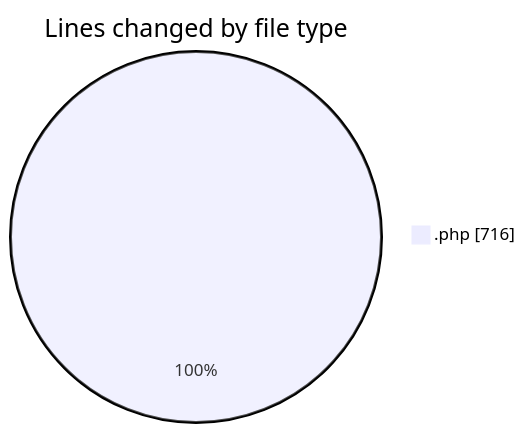
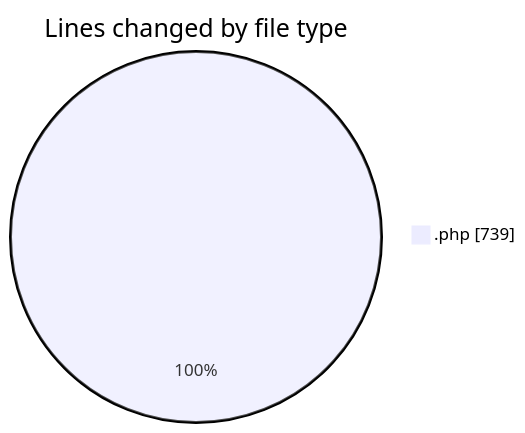
One commit to idhammustaqopulfikri/code-tracking changed the first of 2 diagrams in 2025-06-23/studio-backend/README.md. Above: the diagram before and after it, drawn with Mermaid. The commit also changed other lines of this file and 1 other file, not shown here.

````diff
--- a/2025-06-23/studio-backend/README.md
+++ b/2025-06-23/studio-backend/README.md
@@ -20,5 +20,5 @@
 ```mermaid
 pie showData
 title Lines changed by file type
-".php" : 716
+".php" : 739
 ```
````
